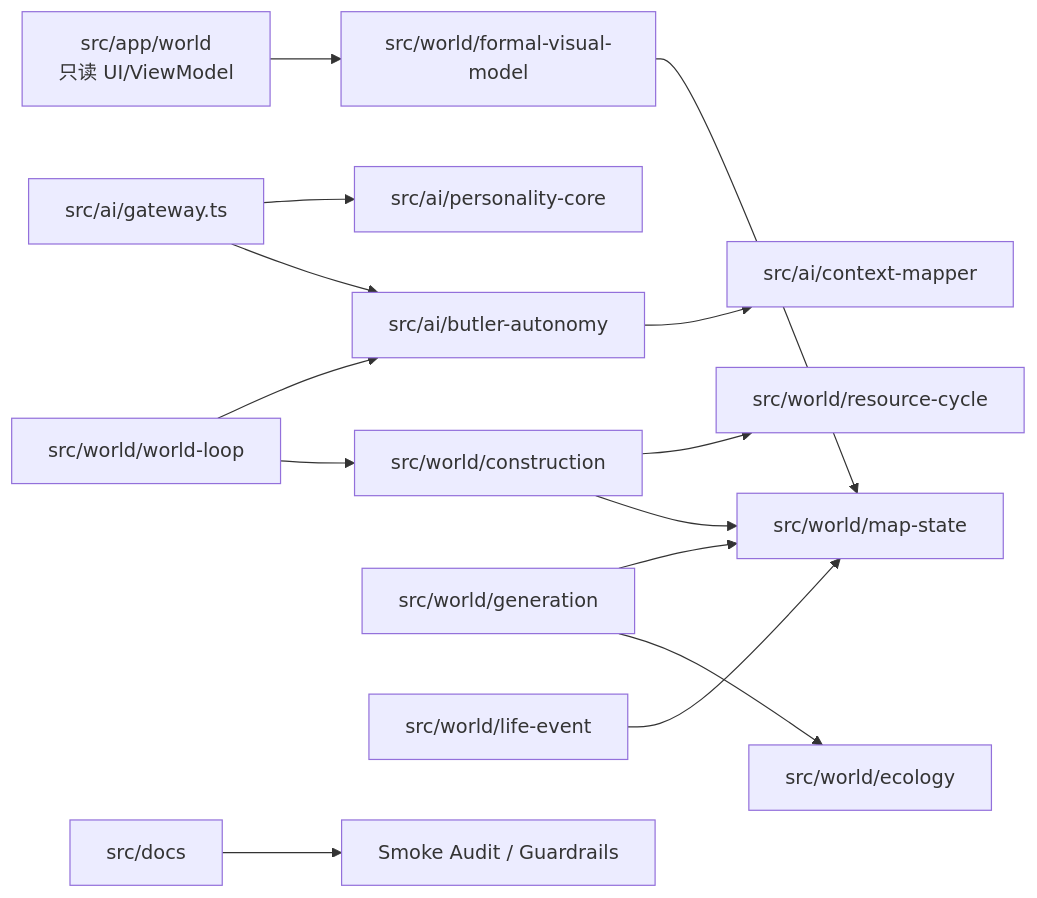
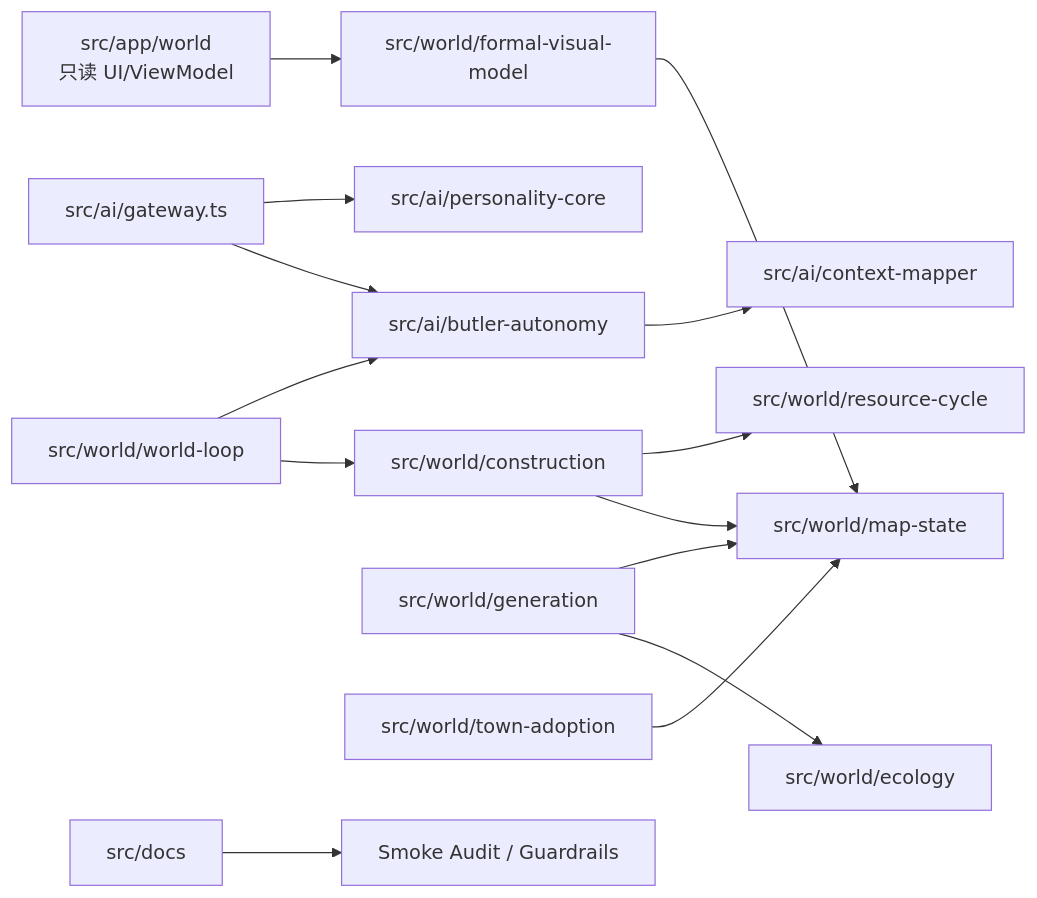
One commit to zhangshn/AI-PET-WORLD changed the fourth of 4 diagrams in src/docs/AI_PET_WORLD_V2.3_COMPLETE_ARCHITECTURE_BUSINESS_LOGIC_CODE_2026-05-24.md. Above: the diagram before and after it, drawn with Mermaid. The commit also changed other lines of this file and 106 other files, not shown here.

````diff
--- a/src/docs/AI_PET_WORLD_V2.3_COMPLETE_ARCHITECTURE_BUSINESS_LOGIC_CODE_2026-05-24.md
+++ b/src/docs/AI_PET_WORLD_V2.3_COMPLETE_ARCHITECTURE_BUSINESS_LOGIC_CODE_2026-05-24.md
@@ -118,16 +120,16 @@
 ```mermaid
 flowchart LR
   App[src/app/world\n只读 UI/ViewModel] --> FVM[src/world/formal-visual-model]
   FVM --> Map[src/world/map-state]
   AI[src/ai/gateway.ts] --> Personality[src/ai/personality-core]
   AI --> Autonomy[src/ai/butler-autonomy]
   Autonomy --> Mapper[src/ai/context-mapper]
   Loop[src/world/world-loop] --> Autonomy
   Loop --> Construction[src/world/construction]
   Construction --> Resource[src/world/resource-cycle]
   Construction --> Map
   Generation[src/world/generation] --> Map
   Generation --> Ecology[src/world/ecology]
-  Life[src/world/life-event] --> Map
+  Life[src/world/town-adoption] --> Map
   Docs[src/docs] --> Audit[Smoke Audit / Guardrails]
 ```
````
